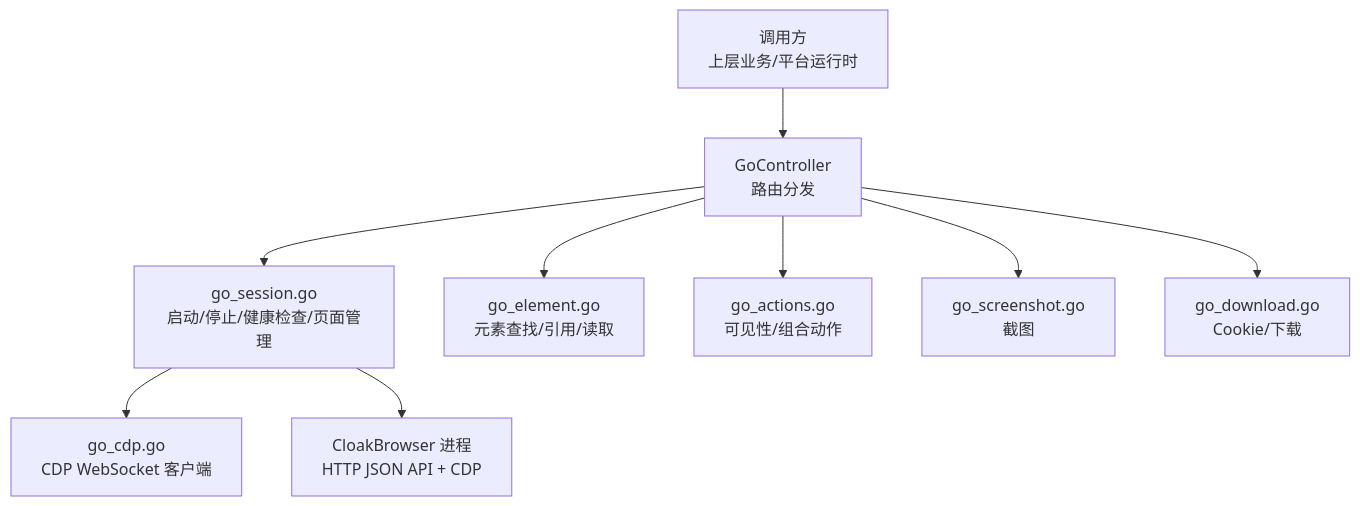
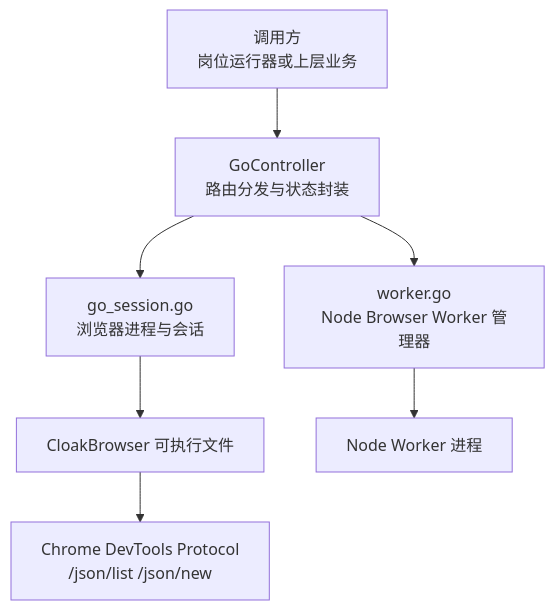
Before and after one commit to alvinwangzi/goodhr: the first of 13 diagrams in .qoder/repowiki/zh/content/本地执行器/浏览器自动化/浏览器控制器/页面生命周期管理.md, drawn with Mermaid. The commit also changed other lines of this file and 149 other files, not shown here.

````diff
--- a/.qoder/repowiki/zh/content/本地执行器/浏览器自动化/浏览器控制器/页面生命周期管理.md
+++ b/.qoder/repowiki/zh/content/本地执行器/浏览器自动化/浏览器控制器/页面生命周期管理.md
@@ -48,11 +36,9 @@
 ```mermaid
 graph TB
-A["调用方<br/>上层业务/平台运行时"] --> B["GoController<br/>路由分发"]
-B --> C["go_session.go<br/>启动/停止/健康检查/页面管理"]
-B --> D["go_element.go<br/>元素查找/引用/读取"]
-B --> E["go_actions.go<br/>可见性/组合动作"]
-B --> F["go_screenshot.go<br/>截图"]
-B --> G["go_download.go<br/>Cookie/下载"]
-C --> H["go_cdp.go<br/>CDP WebSocket 客户端"]
-C --> I["CloakBrowser 进程<br/>HTTP JSON API + CDP"]
+A["调用方<br/>岗位运行器或上层业务"] --> B["GoController<br/>路由分发与状态封装"]
+B --> C["go_session.go<br/>浏览器进程与会话"]
+C --> D["CloakBrowser 可执行文件"]
+D --> E["Chrome DevTools Protocol<br/>/json/list /json/new"]
+B --> F["worker.go<br/>Node Browser Worker 管理器"]
+F --> G["Node Worker 进程"]
 ```
````
